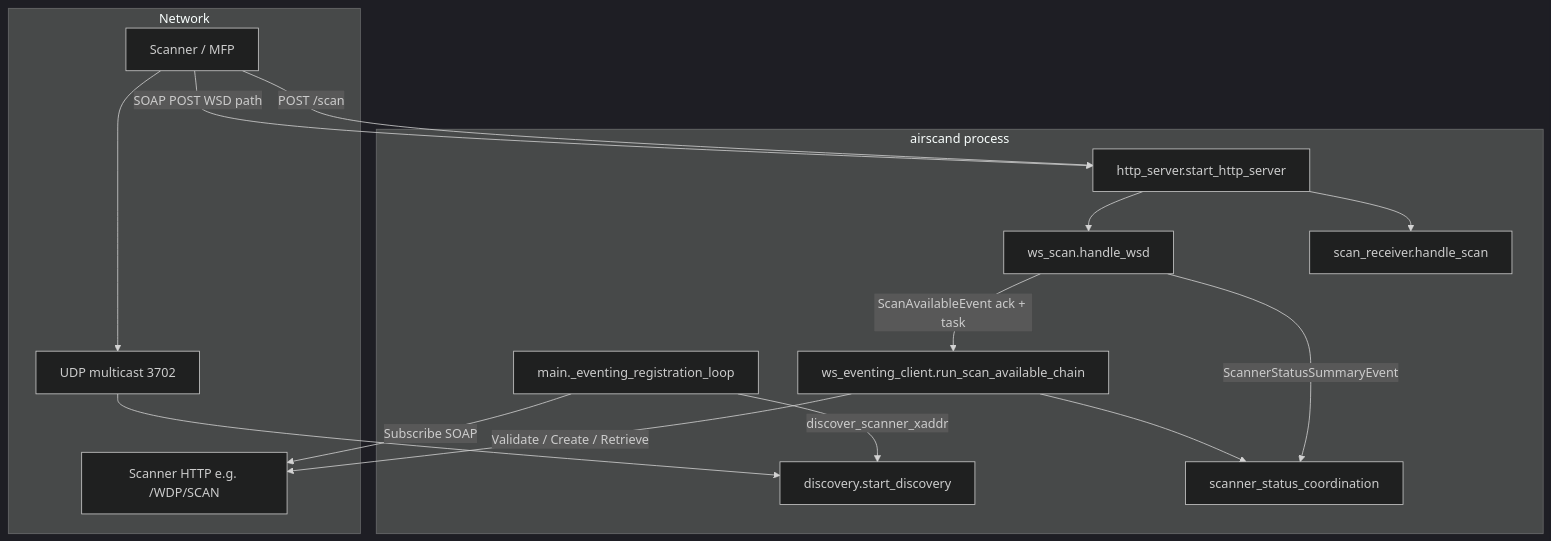
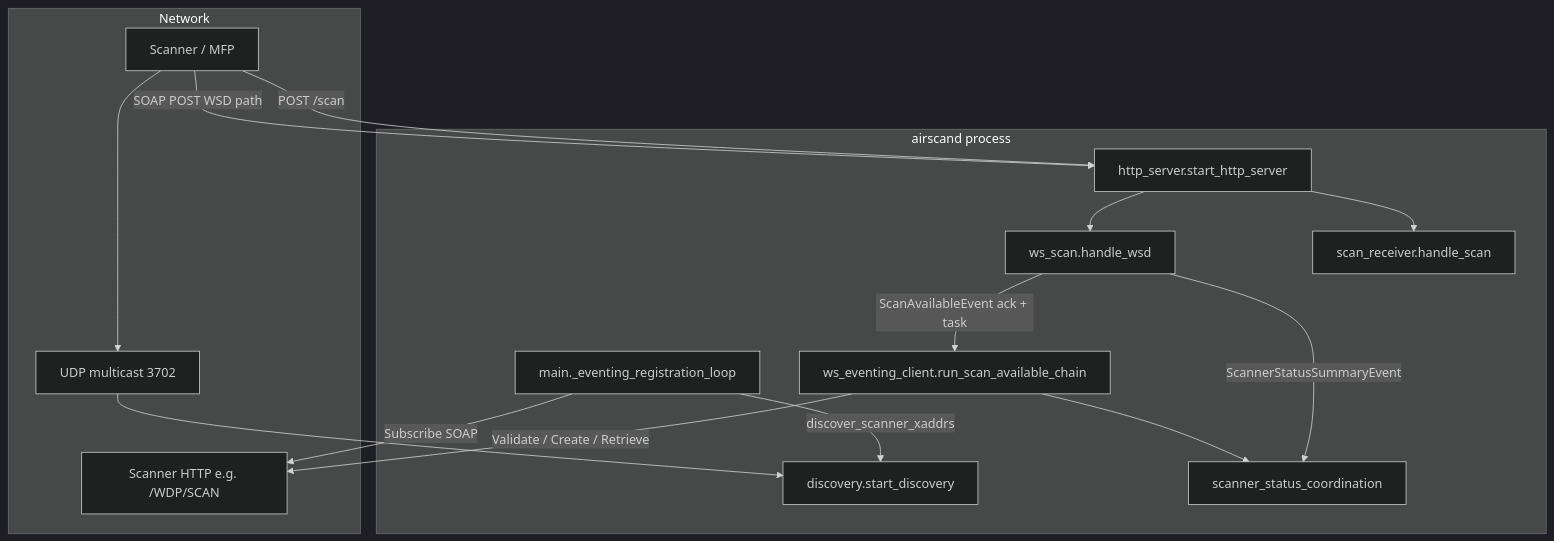
The diagram in docs/architecture.md (retsamedoc/airscand), drawn with Mermaid (dark theme) before and after one commit. The commit also changed other lines of this file and 9 other files, not shown here.

````diff
--- a/docs/architecture.md
+++ b/docs/architecture.md
@@ -35,28 +35,28 @@
 ```mermaid
 flowchart TB
     subgraph net [Network]
         Printer[Scanner / MFP]
         MC[UDP multicast 3702]
         HTTP_SCAN[Scanner HTTP e.g. /WDP/SCAN]
     end
 
     subgraph proc [airscand process]
         DISC[discovery.start_discovery]
         SRV[http_server.start_http_server]
         REG[main._eventing_registration_loop]
         WSD[ws_scan.handle_wsd]
         SCAN[scan_receiver.handle_scan]
         CHAIN[ws_eventing_client.run_scan_available_chain]
         COORD[scanner_status_coordination]
     end
 
     Printer --> MC --> DISC
     Printer -->|SOAP POST WSD path| SRV --> WSD
     Printer -->|POST /scan| SRV --> SCAN
-    REG -->|discover_scanner_xaddr| DISC
+    REG -->|discover_scanner_xaddrs| DISC
     REG -->|Subscribe SOAP| HTTP_SCAN
     WSD -->|ScanAvailableEvent ack + task| CHAIN
     CHAIN -->|Validate / Create / Retrieve| HTTP_SCAN
     CHAIN --> COORD
     WSD -->|ScannerStatusSummaryEvent| COORD
 ```
````
